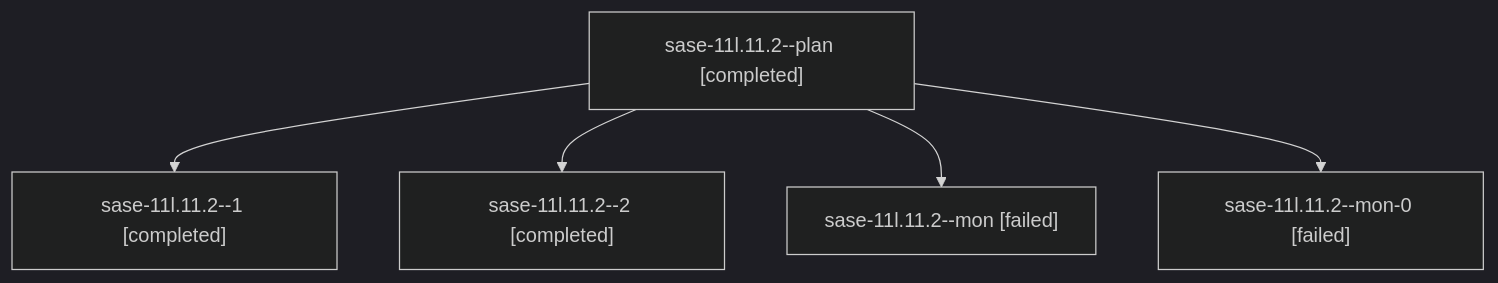
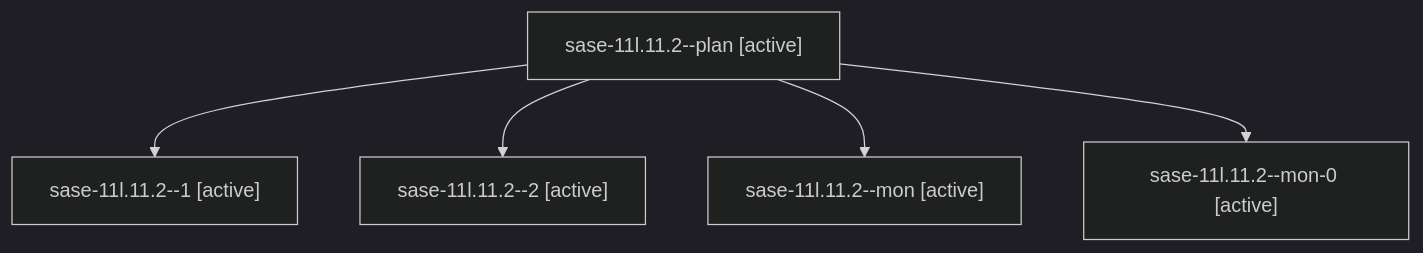
One commit to sase-org/sase--agents changed the diagram in families/bbugyi200.athena.sase-11l.11.2.md. Above: the diagram before and after it, drawn with Mermaid (dark theme). The commit also changed other lines of this file and 192 other files, not shown here.

````diff
--- a/families/bbugyi200.athena.sase-11l.11.2.md
+++ b/families/bbugyi200.athena.sase-11l.11.2.md
@@ -9,12 +9,12 @@
 ```mermaid
 flowchart TD
-  n0["sase-11l.11.2--plan [completed]"]
-  n1["sase-11l.11.2--1 [completed]"]
+  n0["sase-11l.11.2--plan [active]"]
+  n1["sase-11l.11.2--1 [active]"]
   n0 --> n1
-  n2["sase-11l.11.2--2 [completed]"]
+  n2["sase-11l.11.2--2 [active]"]
   n0 --> n2
-  n3["sase-11l.11.2--mon [failed]"]
+  n3["sase-11l.11.2--mon [active]"]
   n0 --> n3
-  n4["sase-11l.11.2--mon-0 [failed]"]
+  n4["sase-11l.11.2--mon-0 [active]"]
   n0 --> n4
 ```
````
